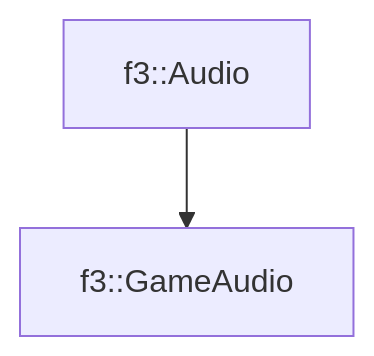
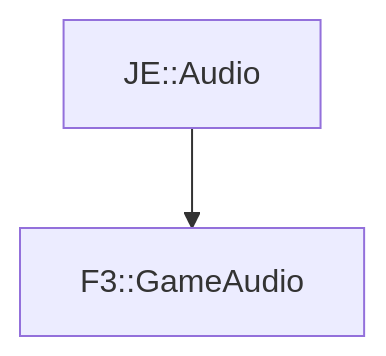
One commit to OpenJE/openvb changed the diagram in docs/f3/GameAudio.md. Above: the diagram before and after it, drawn with Mermaid. The commit also changed other lines of this file and 1399 other files, not shown here.

````diff
--- a/docs/f3/GameAudio.md
+++ b/docs/f3/GameAudio.md
@@ -16,4 +16,4 @@
 ```mermaid
 graph TD;
-    f3::Audio --> f3::GameAudio
+    JE::Audio --> F3::GameAudio
 ```
````
